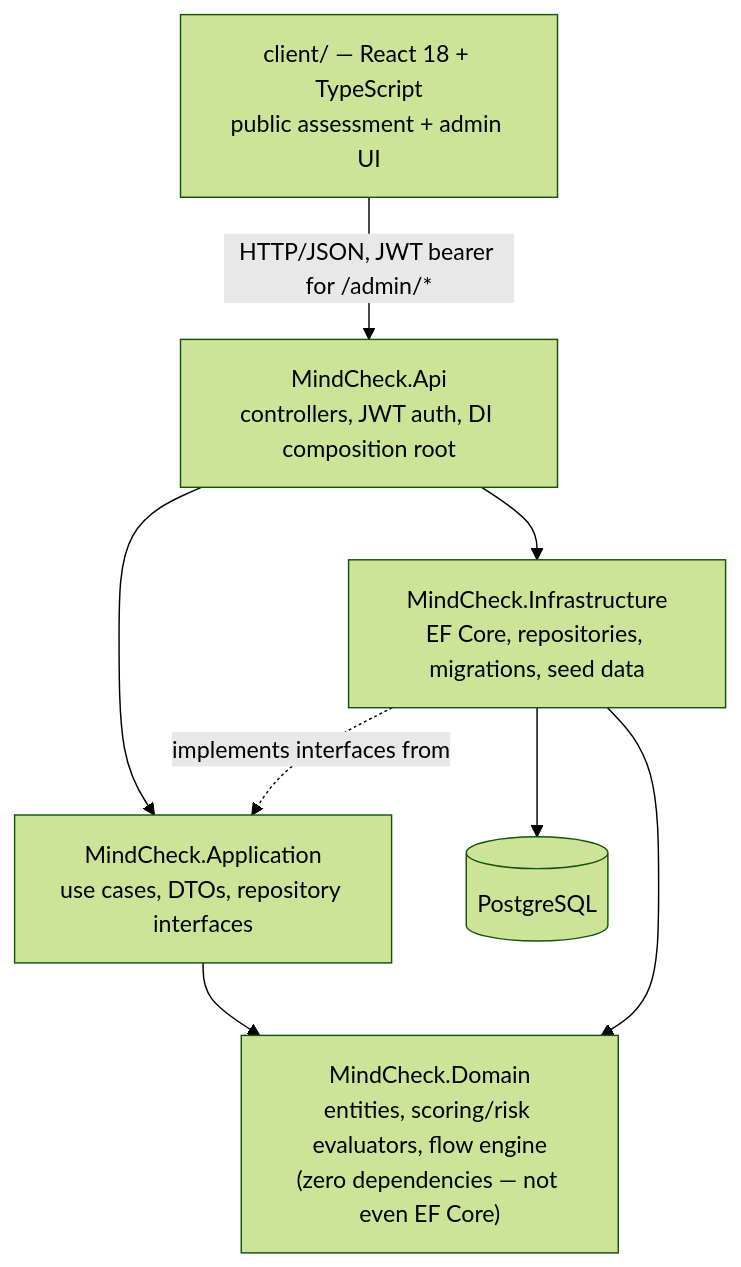
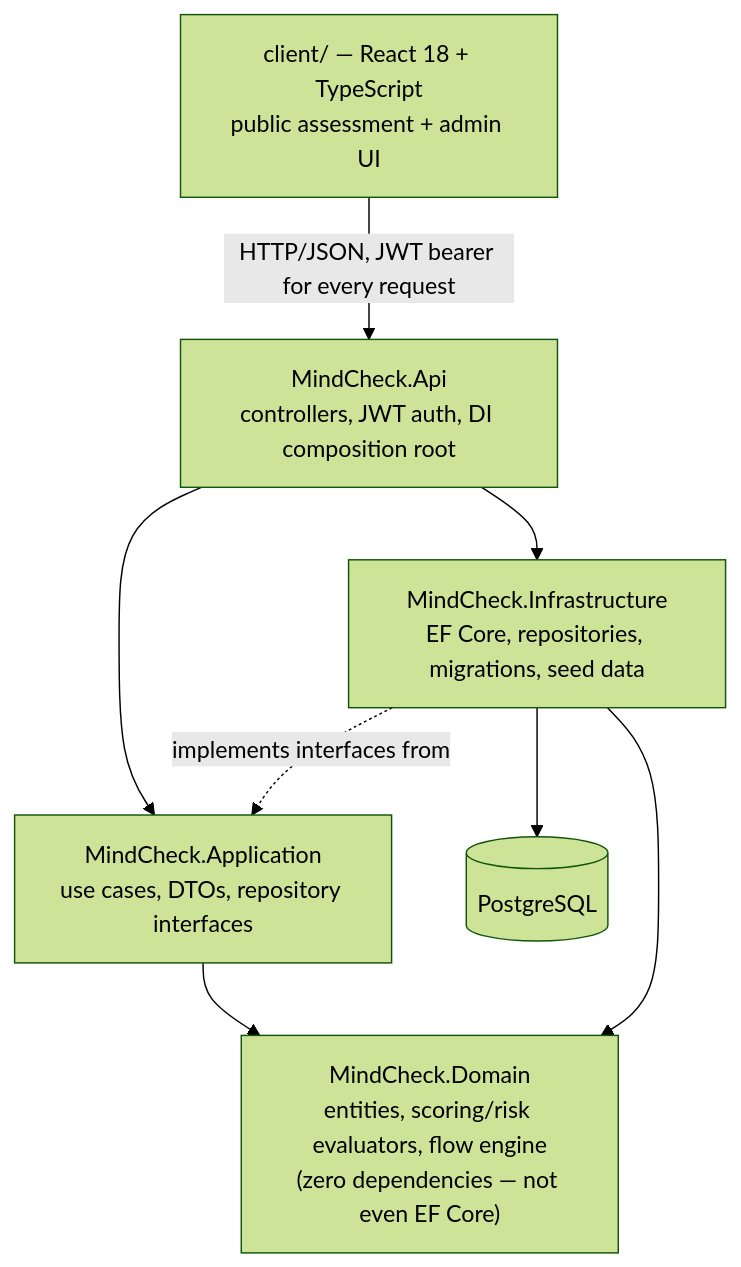
Before and after one commit to oakjedsada/project-heal: the first of 2 diagrams in README.md, drawn with Mermaid (forest theme). The commit also changed other lines of this file and 59 other files, not shown here.

````diff
--- a/README.md
+++ b/README.md
@@ -24,17 +24,17 @@
 ```mermaid
 graph TD
     Client["client/ — React 18 + TypeScript<br/>public assessment + admin UI"]
     Api["MindCheck.Api<br/>controllers, JWT auth, DI composition root"]
     App["MindCheck.Application<br/>use cases, DTOs, repository interfaces"]
     Domain["MindCheck.Domain<br/>entities, scoring/risk evaluators, flow engine<br/>(zero dependencies — not even EF Core)"]
     Infra["MindCheck.Infrastructure<br/>EF Core, repositories, migrations, seed data"]
     DB[(PostgreSQL)]
 
-    Client -->|HTTP/JSON, JWT bearer for /admin/*| Api
+    Client -->|HTTP/JSON, JWT bearer for every request| Api
     Api --> App
     Api --> Infra
     Infra -.implements interfaces from.-> App
     App --> Domain
     Infra --> Domain
     Infra --> DB
 ```
````
